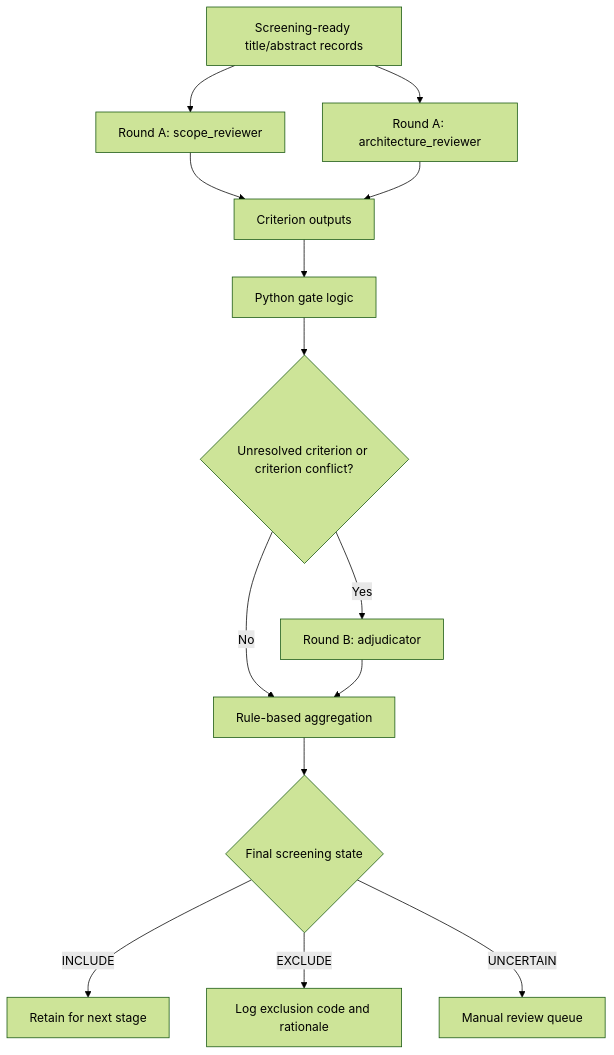
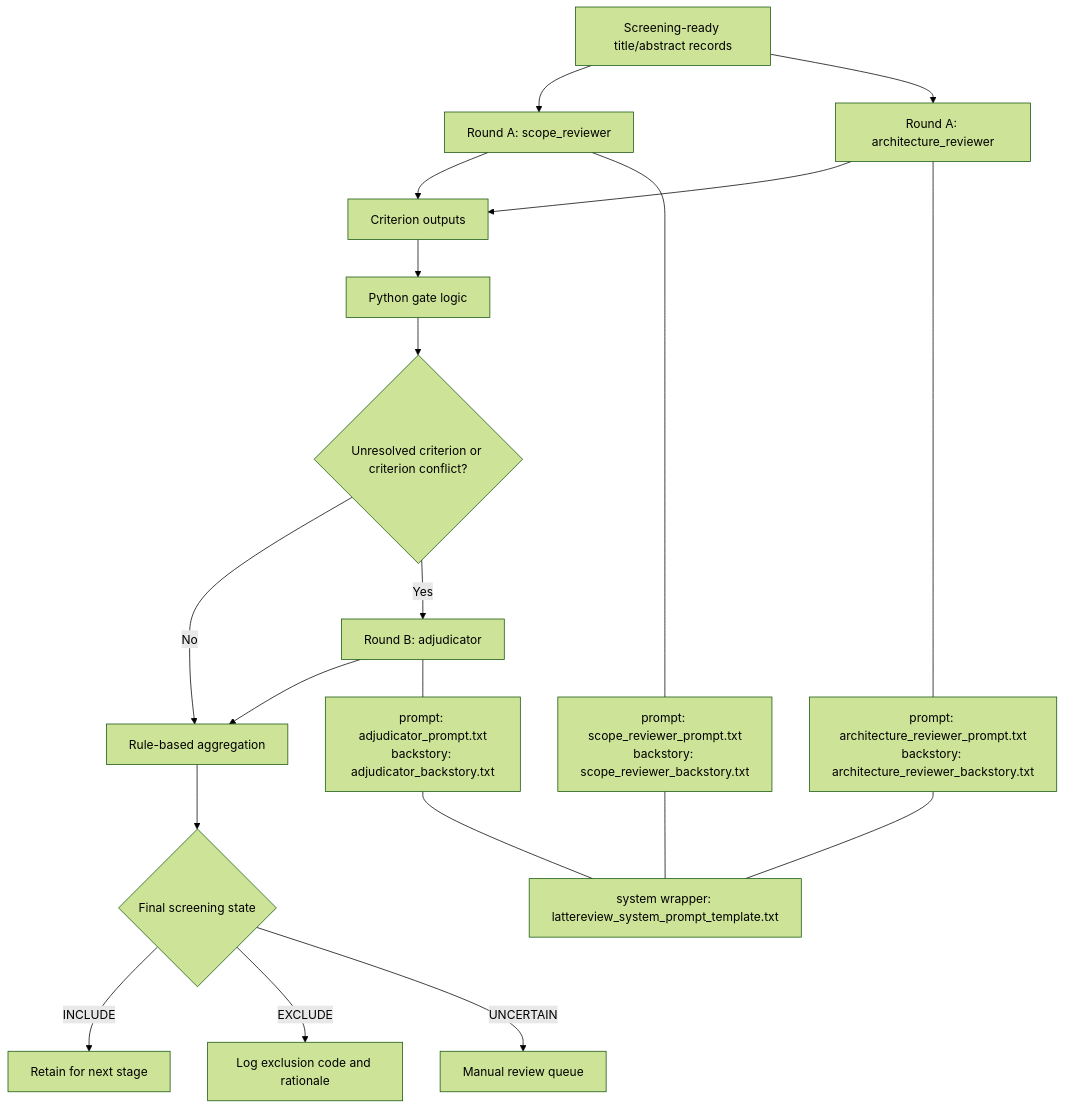
The diagram in README.md (BogdanDidenko/text-bio-fundational-models-review), drawn with Mermaid (forest theme) before and after one commit.

Commit message:
Annotate topology graph with prompt files

````diff
--- a/README.md
+++ b/README.md
@@ -82,16 +82,23 @@
 ```mermaid
 flowchart TD
     A["Screening-ready title/abstract records"] --> B["Round A: scope_reviewer"]
     A --> C["Round A: architecture_reviewer"]
     B --> D["Criterion outputs"]
     C --> D
     D --> E["Python gate logic"]
     E --> F{"Unresolved criterion or criterion conflict?"}
     F -- "No" --> G["Rule-based aggregation"]
     F -- "Yes" --> H["Round B: adjudicator"]
     H --> G
     G --> I{"Final screening state"}
     I -- "INCLUDE" --> J["Retain for next stage"]
     I -- "EXCLUDE" --> K["Log exclusion code and rationale"]
     I -- "UNCERTAIN" --> L["Manual review queue"]
+
+    B --- Bp["prompt: scope_reviewer_prompt.txt<br/>backstory: scope_reviewer_backstory.txt"]
+    C --- Cp["prompt: architecture_reviewer_prompt.txt<br/>backstory: architecture_reviewer_backstory.txt"]
+    H --- Hp["prompt: adjudicator_prompt.txt<br/>backstory: adjudicator_backstory.txt"]
+    Bp --- Sp["system wrapper: lattereview_system_prompt_template.txt"]
+    Cp --- Sp
+    Hp --- Sp
 ```
````
